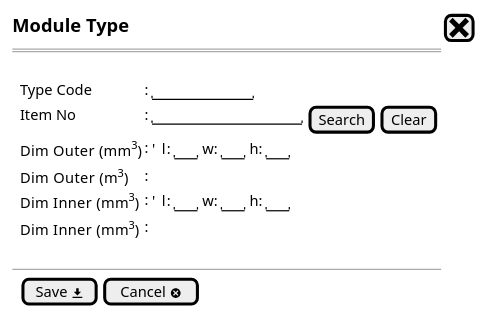
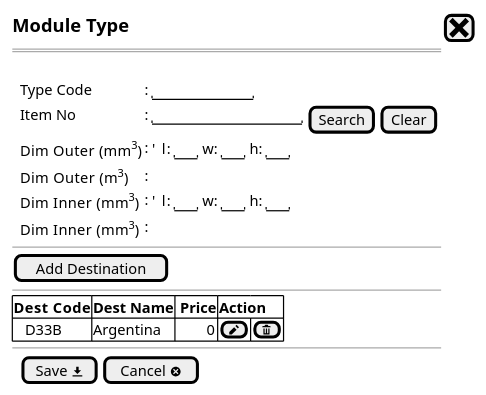
The diagram in Module Type/module type - new step 0.puml (ari-fikri/packing-cost-mockup), drawn with PlantUML before and after one commit. The commit also changed 3 other files, not shown here.

Commit message:
Add destination and price per destination for module type

```diff
--- a/Module Type/module type - new step 0.puml
+++ b/Module Type/module type - new step 0.puml
@@ -1,21 +1,27 @@
 @startsalt
 {
   <size:15><b>Module Type|[<size:25><&x>]|*
   ==
   .
   {   
     .|Type Code      |: |"          "|*
     .|Item No        |: |"               "| [Search] |* |[Clear] |*
     .|Dim  Outer (mm<sup>3</sup>) |: {'  l:|"  "|w:|"  "|h:|"  "|}|*
     .|Dim  Outer (m<sup>3</sup>)  |: |*
     .|Dim  Inner (mm<sup>3</sup>) |: {'  l:|"  "|w:|"  "|h:|"  "|}|*
     .|Dim  Inner (mm<sup>3</sup>) |: |*
   }
-  .
+  --
+  |[Add Destination]| |* 
+  --
+  {#
+    |<b>Dest  Code |<b>Dest Name| <b>Price |<b>Action|*|*
+    |    D33B         | Argentina  |        0|[<&pencil>]| [<&trash>]|*
+  }
 --  
 {
   .|  [Save <&data-transfer-download>] |  [Cancel <&circle-x>] |*
   }
 }
 
   @endsalt
```
